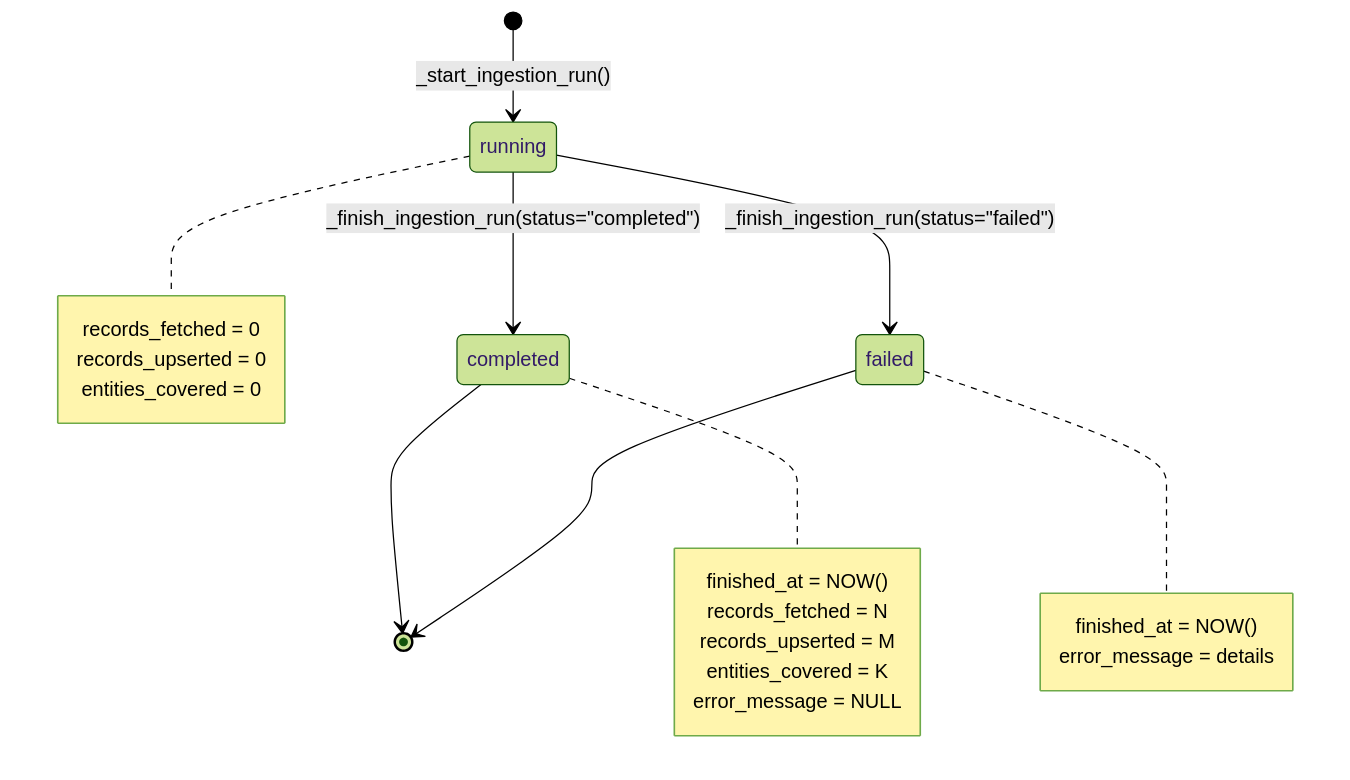
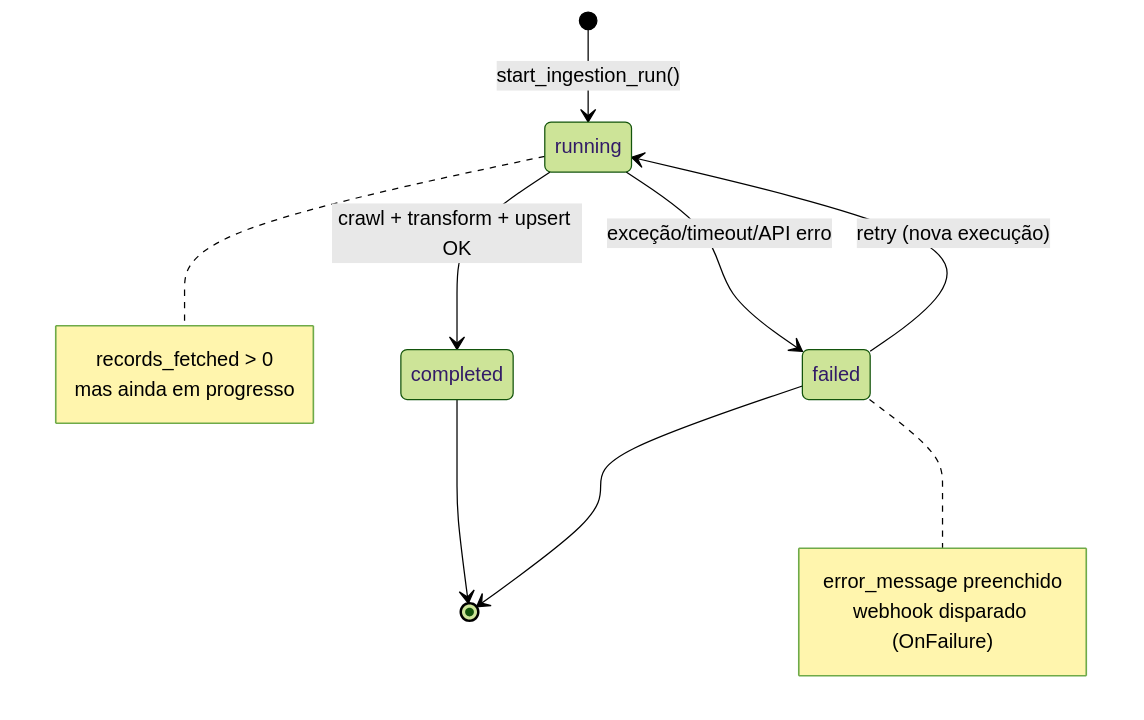
Before and after one commit to tjsasakifln/extra-cli: the second of 6 diagrams in _reversa_sdd/state-machines.md, drawn with Mermaid (forest theme). The commit also changed other lines of this file and 215 other files, not shown here.

````diff
--- a/_reversa_sdd/state-machines.md
+++ b/_reversa_sdd/state-machines.md
@@ -12,27 +60,12 @@
 ```mermaid
 stateDiagram-v2
-    [*] --> running: _start_ingestion_run()
-    running --> completed: _finish_ingestion_run(status="completed")
-    running --> failed: _finish_ingestion_run(status="failed")
+    [*] --> running: start_ingestion_run()
+    running --> completed: crawl + transform + upsert OK
+    running --> failed: exceção/timeout/API erro
+    failed --> running: retry (nova execução)
     completed --> [*]
     failed --> [*]
 
-    note right of running
-        records_fetched = 0
-        records_upserted = 0
-        entities_covered = 0
-    end note
-
-    note right of completed
-        finished_at = NOW()
-        records_fetched = N
-        records_upserted = M
-        entities_covered = K
-        error_message = NULL
-    end note
-
-    note right of failed
-        finished_at = NOW()
-        error_message = details
-    end note
+    note right of running: records_fetched > 0<br/>mas ainda em progresso
+    note right of failed: error_message preenchido<br/>webhook disparado (OnFailure)
 ```
````
